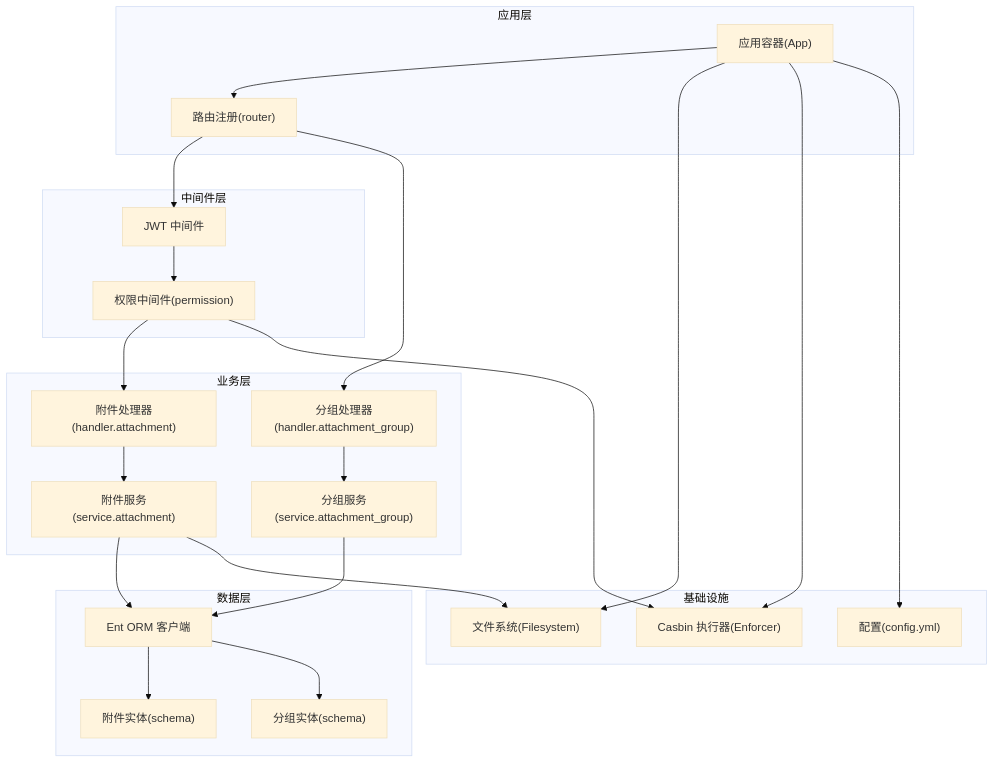
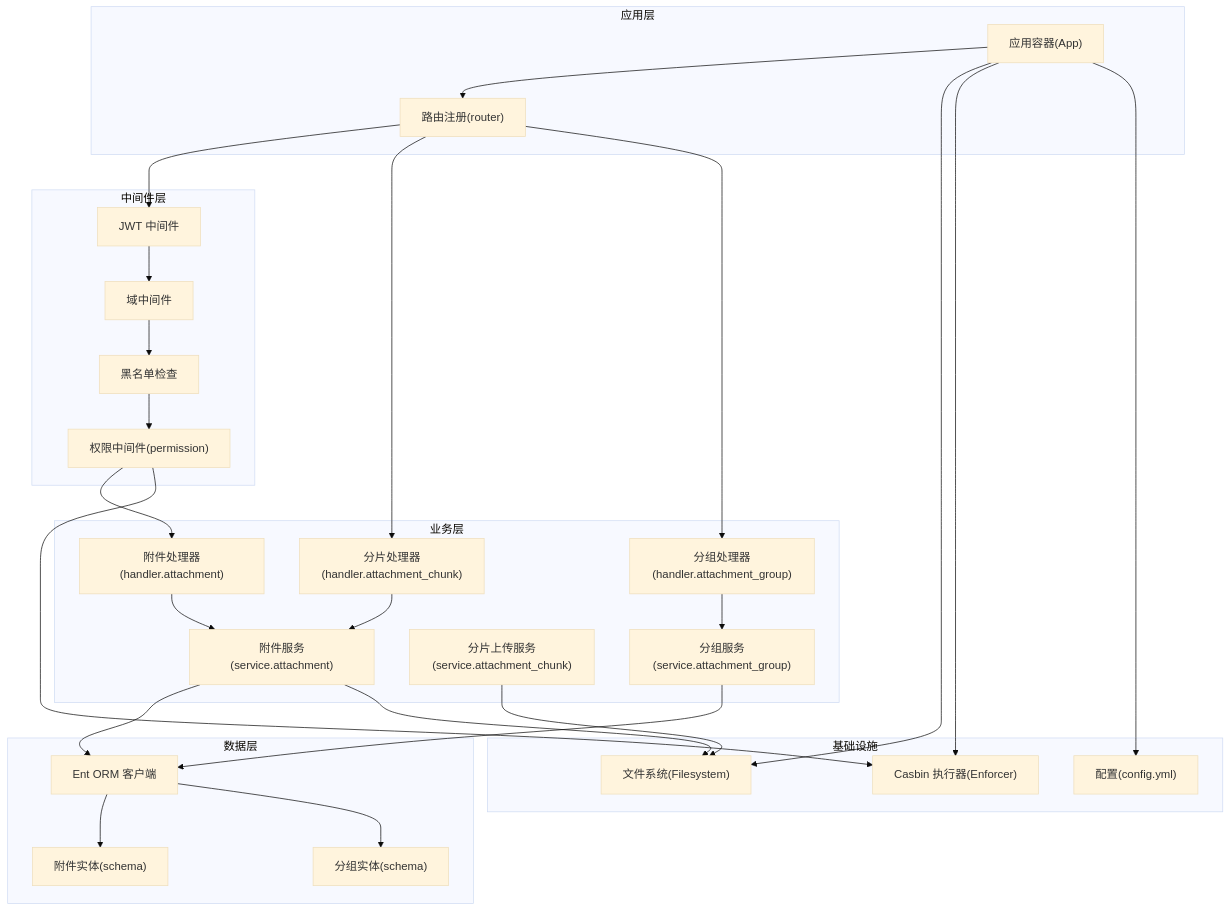
The first of 7 diagrams in .qoder/repowiki/zh/content/核心模块/文件管理系统.md (wuwuseo/e-sports-go-admin), drawn with Mermaid (base theme) before and after one commit. The commit also changed other lines of this file and 42 other files, not shown here.

````diff
--- a/.qoder/repowiki/zh/content/核心模块/文件管理系统.md
+++ b/.qoder/repowiki/zh/content/核心模块/文件管理系统.md
@@ -44,37 +46,43 @@
 ```mermaid
 graph TB
 subgraph "应用层"
 APP["应用容器(App)"]
 ROUTER["路由注册(router)"]
 end
 subgraph "中间件层"
 JWT["JWT 中间件"]
+DOMAIN["域中间件"]
+BLACKLIST["黑名单检查"]
 PERM["权限中间件(permission)"]
 end
 subgraph "业务层"
 ATT_HDL["附件处理器(handler.attachment)"]
+CHUNK_HDL["分片处理器(handler.attachment_chunk)"]
 GROUP_HDL["分组处理器(handler.attachment_group)"]
 ATT_SVC["附件服务(service.attachment)"]
+CHUNK_SVC["分片上传服务(service.attachment_chunk)"]
 GROUP_SVC["分组服务(service.attachment_group)"]
 end
 subgraph "数据层"
 ENT["Ent ORM 客户端"]
 ATT_SCHEMA["附件实体(schema)"]
 GROUP_SCHEMA["分组实体(schema)"]
 end
 subgraph "基础设施"
 FS["文件系统(Filesystem)"]
 CASBIN["Casbin 执行器(Enforcer)"]
 CONFIG["配置(config.yml)"]
 end
 APP --> ROUTER
-ROUTER --> JWT --> PERM --> ATT_HDL --> ATT_SVC --> ENT
+ROUTER --> JWT --> DOMAIN --> BLACKLIST --> PERM --> ATT_HDL --> ATT_SVC --> ENT
+ROUTER --> CHUNK_HDL --> ATT_SVC
 ROUTER --> GROUP_HDL --> GROUP_SVC --> ENT
 ATT_SVC --> FS
+CHUNK_SVC --> FS
 PERM --> CASBIN
 APP --> FS
 APP --> CASBIN
 ENT --> ATT_SCHEMA
 ENT --> GROUP_SCHEMA
 APP --> CONFIG
 ```
````
